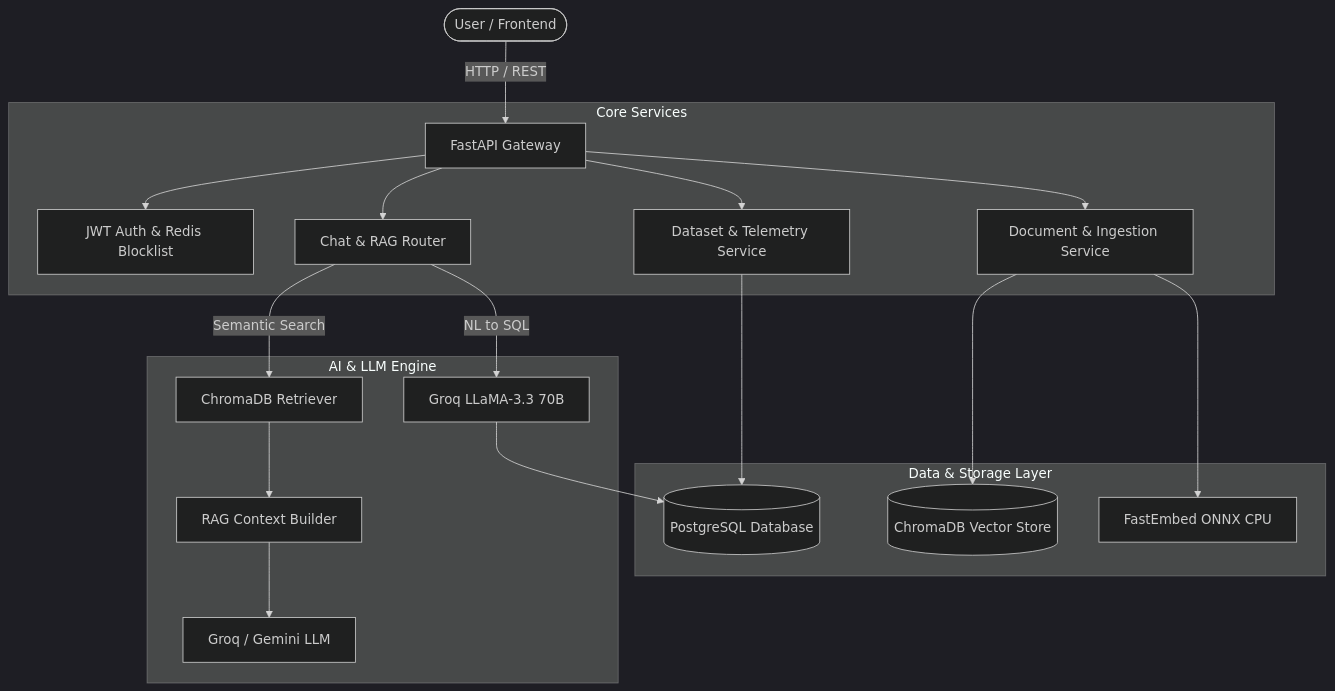
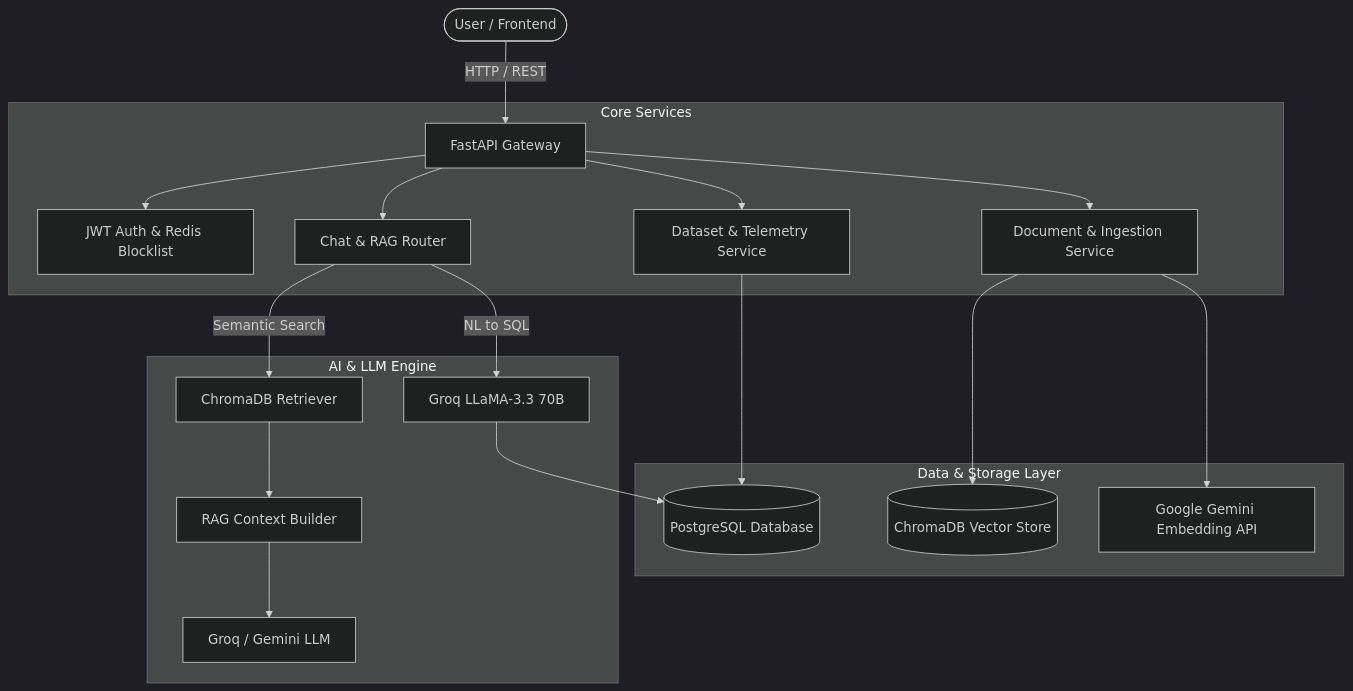
The diagram in README.md (ankit-gadhwal/complete_chemical_plant_analytics_project), drawn with Mermaid (dark theme) before and after one commit. The commit also changed other lines of this file and 9 other files, not shown here.

Commit message:
gemini embedding is used

````diff
--- a/README.md
+++ b/README.md
@@ -44,25 +45,25 @@
 ```mermaid
 graph TD
     User([User / Frontend]) -->|HTTP / REST| API[FastAPI Gateway]
     
     subgraph Core Services
         API --> Auth[JWT Auth & Redis Blocklist]
         API --> DatasetSvc[Dataset & Telemetry Service]
         API --> DocSvc[Document & Ingestion Service]
         API --> ChatSvc[Chat & RAG Router]
     end
 
     subgraph Data & Storage Layer
         DatasetSvc --> DB[(PostgreSQL Database)]
         DocSvc --> VectorDB[(ChromaDB Vector Store)]
-        DocSvc --> FastEmbed[FastEmbed ONNX CPU]
+        DocSvc --> CloudEmbed[Google Gemini Embedding API]
     end
 
     subgraph AI & LLM Engine
         ChatSvc -->|NL to SQL| SQLAgent[Groq LLaMA-3.3 70B]
         SQLAgent --> DB
         ChatSvc -->|Semantic Search| Retriever[ChromaDB Retriever]
         Retriever --> RAGPrompt[RAG Context Builder]
         RAGPrompt --> LLM[Groq / Gemini LLM]
     end
 ```
````
